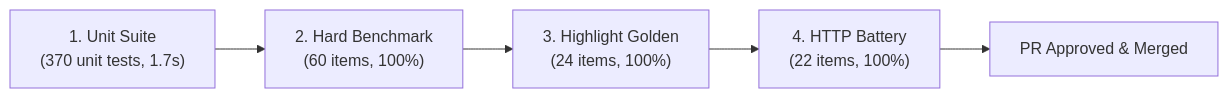
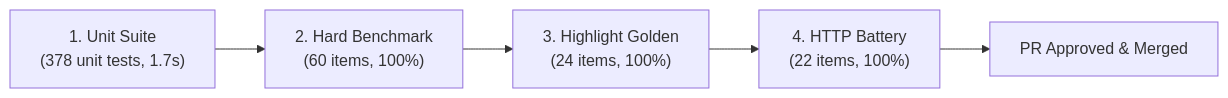
Before and after one commit to Skufu/NekoHon: the fourth of 5 diagrams in docs/ENGINEERING_AND_BENCHMARKS.md, drawn with Mermaid. The commit also changed other lines of this file and 20 other files, not shown here.

````diff
--- a/docs/ENGINEERING_AND_BENCHMARKS.md
+++ b/docs/ENGINEERING_AND_BENCHMARKS.md
@@ -269,7 +269,7 @@
 ```mermaid
 flowchart LR
-    Unit["1. Unit Suite<br/>(370 unit tests, 1.7s)"] --> Hard["2. Hard Benchmark<br/>(60 items, 100%)"]
+    Unit["1. Unit Suite<br/>(378 unit tests, 1.7s)"] --> Hard["2. Hard Benchmark<br/>(60 items, 100%)"]
     Hard --> High["3. Highlight Golden<br/>(24 items, 100%)"]
     High --> Batt["4. HTTP Battery<br/>(22 items, 100%)"]
     Batt --> PR["PR Approved &amp; Merged"]
 ```
````
